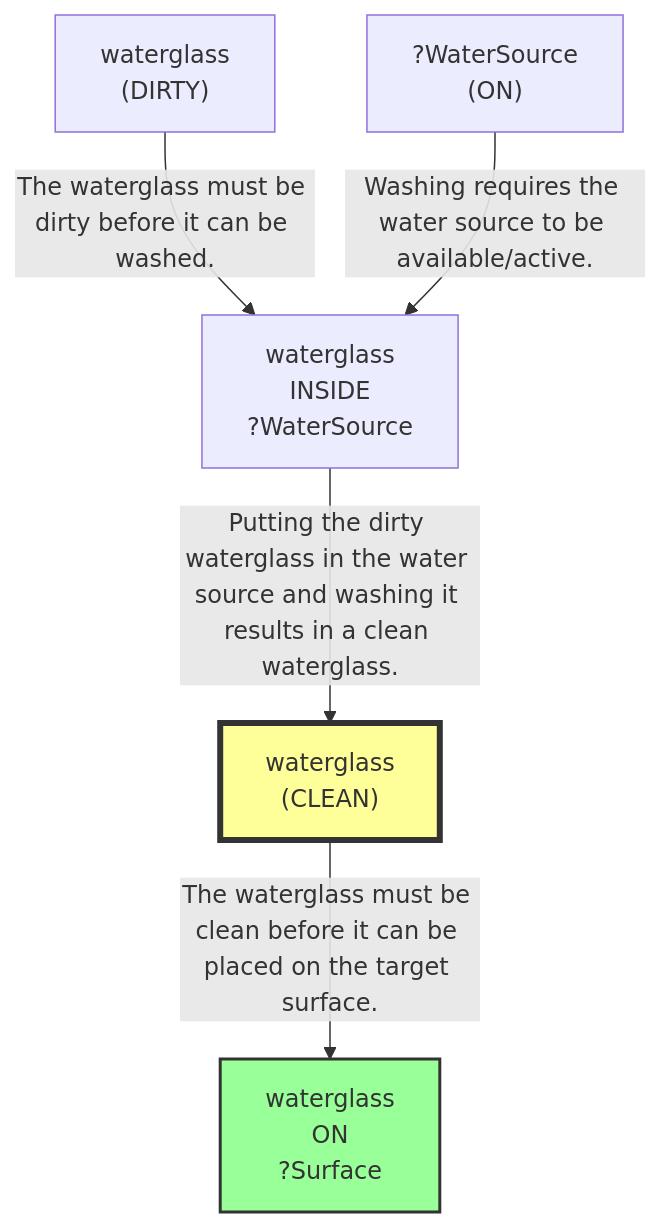
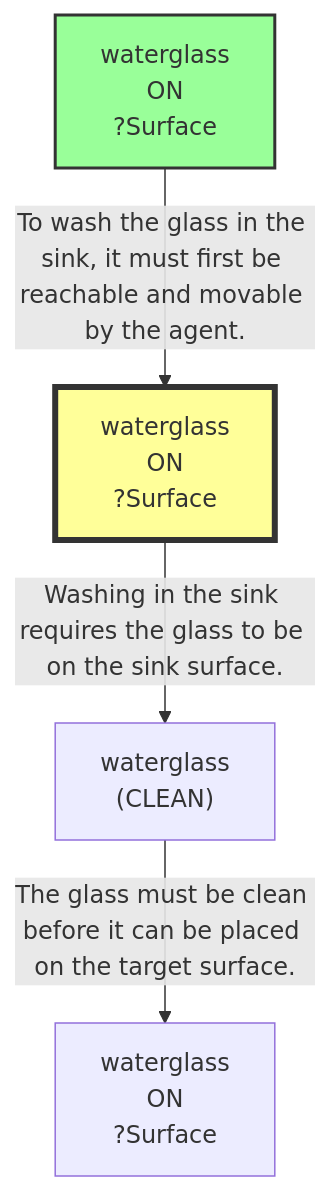
One commit to scuama/virtualhome changed the first of 6 diagrams in agent/results/success/P3_13/run_P3_13.md. Above: the diagram before and after it, drawn with Mermaid. The commit also changed other lines of this file and 7 other files, not shown here.

````diff
--- a/agent/results/success/P3_13/run_P3_13.md
+++ b/agent/results/success/P3_13/run_P3_13.md
@@ -86,14 +83,12 @@
 ```mermaid
 graph TD
     N1["waterglass<br>ON<br>?Surface"]
-    style N1 fill:#9f9,stroke:#333,stroke-width:2px
-    N2["waterglass<br>INSIDE<br>?WaterSource"]
-    N3["waterglass<br>(CLEAN)"]
+    N2["waterglass<br>(CLEAN)"]
+    N3["waterglass<br>ON<br>?Surface"]
     style N3 fill:#ff9,stroke:#333,stroke-width:4px
-    N4["waterglass<br>(DIRTY)"]
-    N5["?WaterSource<br>(ON)"]
-    N4 -->|"The waterglass must be dirty before it can be washed."| N2
-    N5 -->|"Washing requires the water source to be available/active."| N2
-    N2 -->|"Putting the dirty waterglass in the water source and washing it results in a clean waterglass."| N3
-    N3 -->|"The waterglass must be clean before it can be placed on the target surface."| N1
+    N4["waterglass<br>ON<br>?Surface"]
+    style N4 fill:#9f9,stroke:#333,stroke-width:2px
+    N2 -->|"The glass must be clean before it can be placed on the target surface."| N1
+    N3 -->|"Washing in the sink requires the glass to be on the sink surface."| N2
+    N4 -->|"To wash the glass in the sink, it must first be reachable and movable by the agent."| N3
 ```
````
